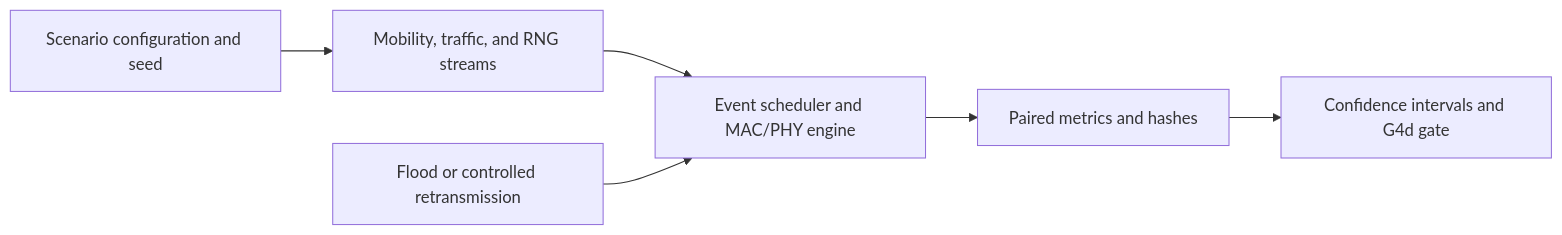
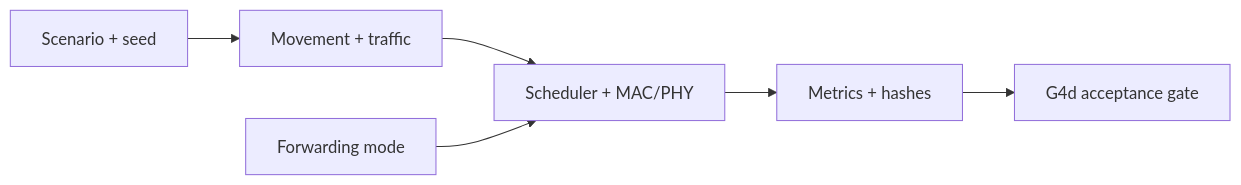
The diagram in README.md (MdSajid007/g4-forwarding-simulation), drawn with Mermaid before and after one commit. The commit also changed other lines of this file and 1 other file, not shown here.

````diff
--- a/README.md
+++ b/README.md
@@ -46,8 +69,8 @@
 ```mermaid
 flowchart LR
-    A[Scenario configuration and seed] --> B[Mobility, traffic, and RNG streams]
-    B --> C[Event scheduler and MAC/PHY engine]
-    D[Flood or controlled retransmission] --> C
-    C --> E[Paired metrics and hashes]
-    E --> F[Confidence intervals and G4d gate]
+    A["Scenario + seed"] --> B["Movement + traffic"]
+    B --> C["Scheduler + MAC/PHY"]
+    D["Forwarding mode"] --> C
+    C --> E["Metrics + hashes"]
+    E --> F["G4d acceptance gate"]
 ```
````
